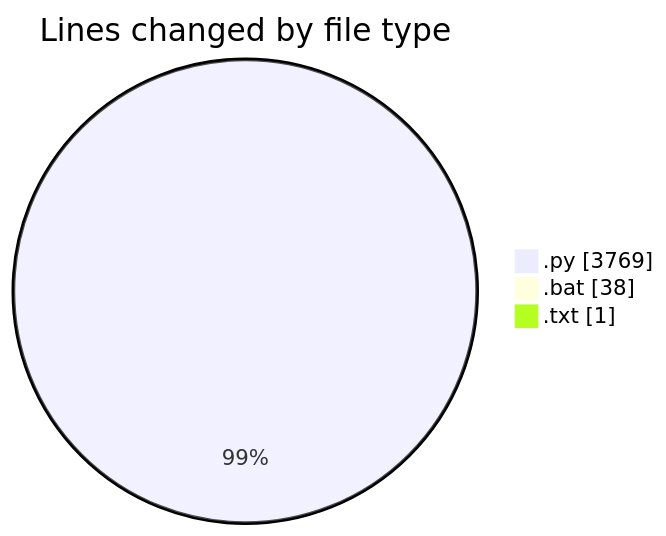
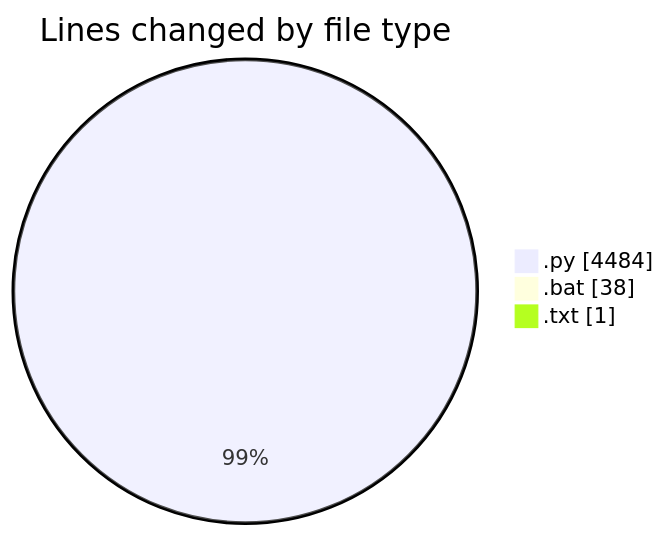
The first of 2 diagrams in 2025-07-21/reg/README.md (lephambinh05/code-tracking), drawn with Mermaid before and after one commit. The commit also changed other lines of this file and 1 other file, not shown here.

````diff
--- a/2025-07-21/reg/README.md
+++ b/2025-07-21/reg/README.md
@@ -35,7 +37,7 @@
 ```mermaid
 pie showData
 title Lines changed by file type
-".py" : 3769
+".py" : 4484
 ".bat" : 38
 ".txt" : 1
 ```
````
